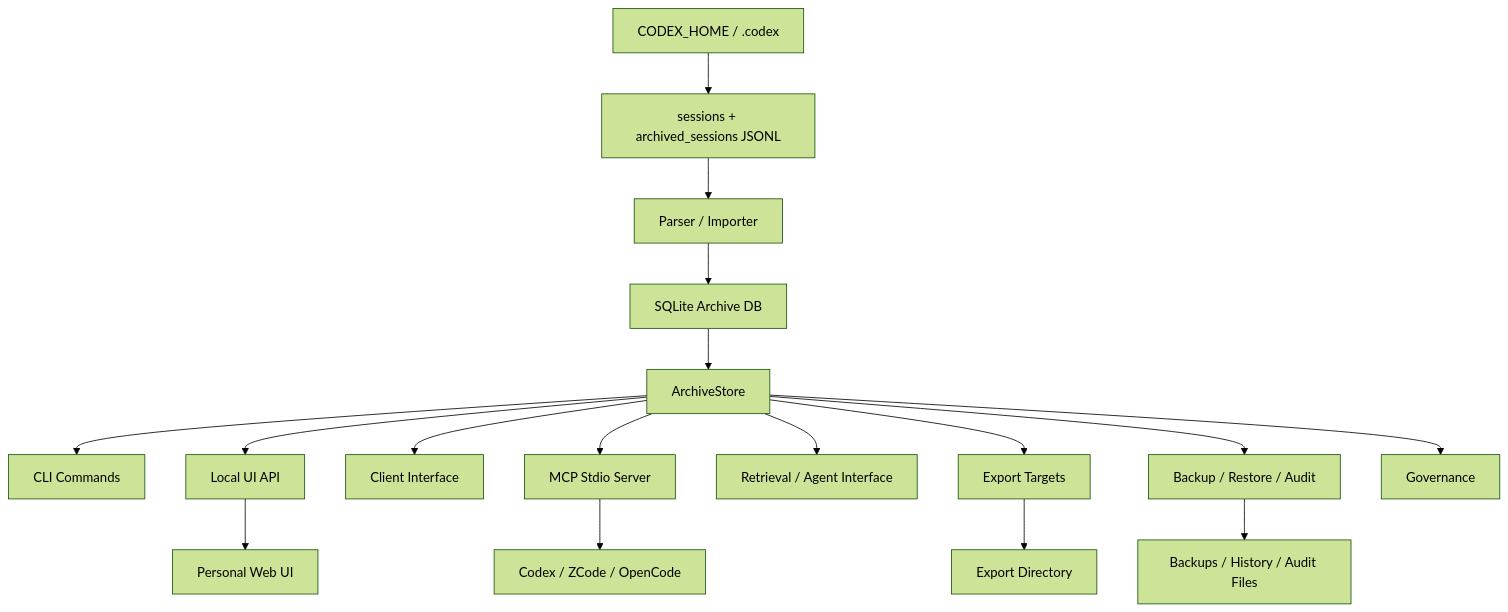
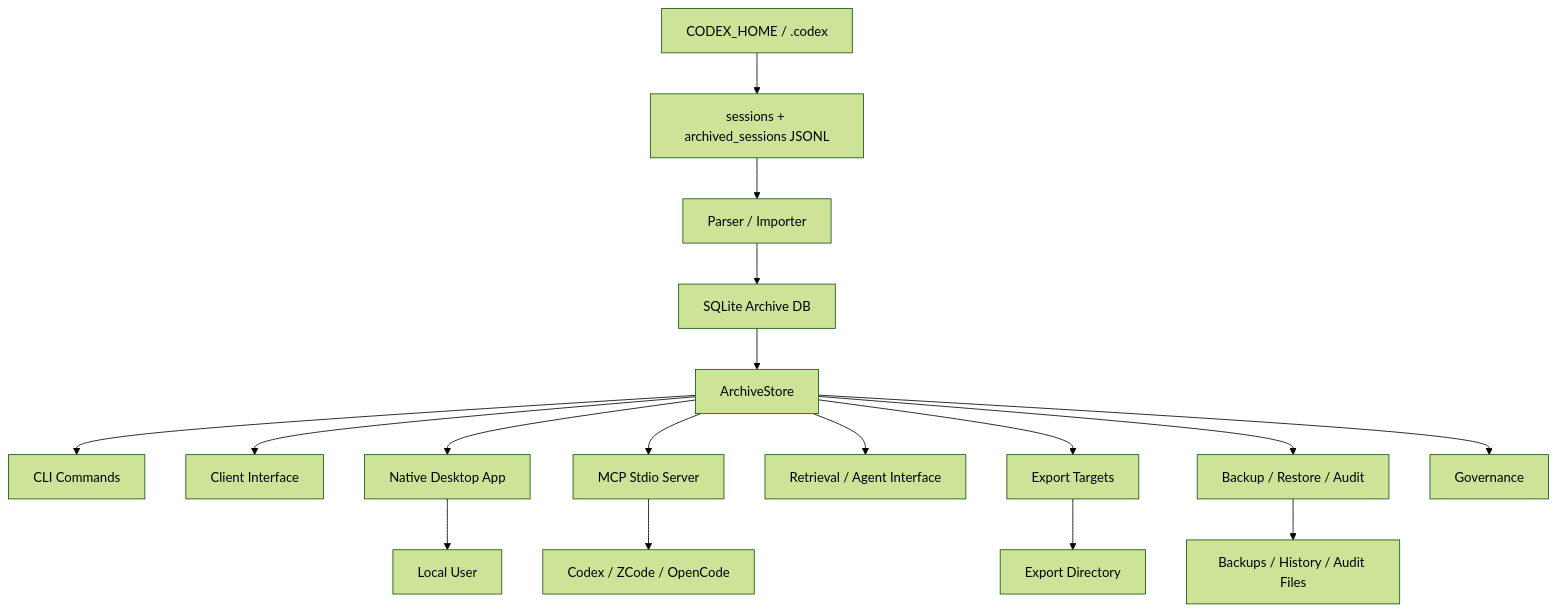
One commit to Taurusxw/ThreadVault changed the diagram in docs/ARCHITECTURE.md. Above: the diagram before and after it, drawn with Mermaid (forest theme). The commit also changed other lines of this file and 54 other files, not shown here.

````diff
--- a/docs/ARCHITECTURE.md
+++ b/docs/ARCHITECTURE.md
@@ -38,21 +39,21 @@
 ```mermaid
 flowchart TD
   CodexHome["CODEX_HOME / .codex"] --> TranscriptFiles["sessions + archived_sessions JSONL"]
   TranscriptFiles --> Parser["Parser / Importer"]
   Parser --> DB["SQLite Archive DB"]
   DB --> Store["ArchiveStore"]
 
   Store --> CLI["CLI Commands"]
-  Store --> API["Local UI API"]
   Store --> Client["Client Interface"]
+  Store --> Desktop["Native Desktop App"]
   Store --> MCP["MCP Stdio Server"]
   Store --> Retrieval["Retrieval / Agent Interface"]
   Store --> Export["Export Targets"]
   Store --> Ops["Backup / Restore / Audit"]
   Store --> Gov["Governance"]
 
-  API --> Browser["Personal Web UI"]
+  Desktop --> Human["Local User"]
   MCP --> Agents["Codex / ZCode / OpenCode"]
   Export --> Files["Export Directory"]
   Ops --> LocalArtifacts["Backups / History / Audit Files"]
 ```
````
